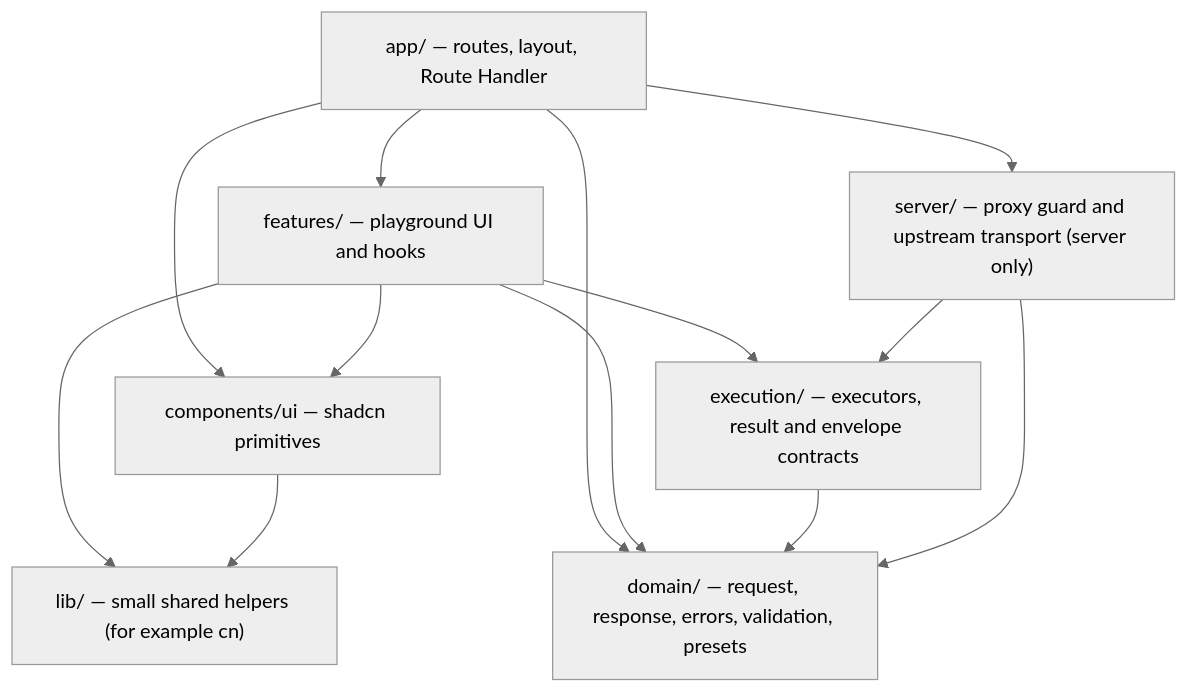
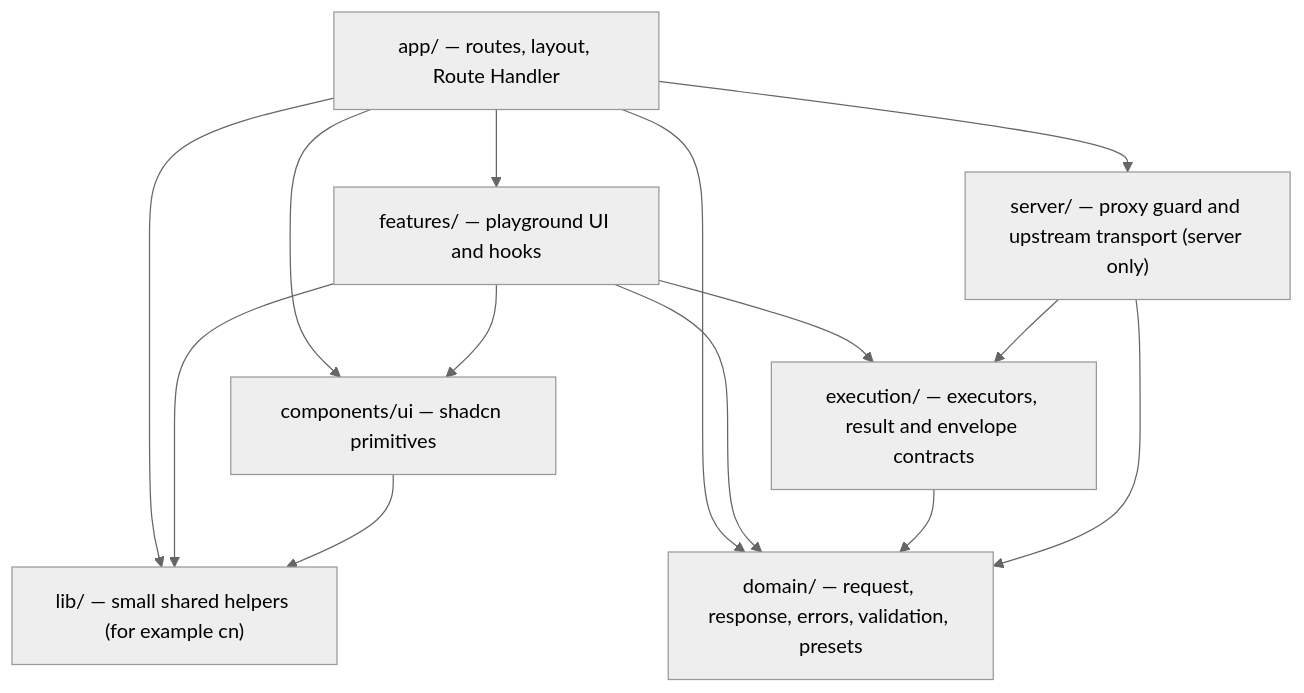
Before and after one commit to Shreyas262/RestLab: the diagram in docs/ARCHITECTURE.md, drawn with Mermaid (neutral theme). The commit also changed other lines of this file and 16 other files, not shown here.

````diff
--- a/docs/ARCHITECTURE.md
+++ b/docs/ARCHITECTURE.md
@@ -43,23 +41,24 @@
 ```mermaid
 flowchart TD
     APP["app/ — routes, layout, Route Handler"]
     FEAT["features/ — playground UI and hooks"]
     UIK["components/ui — shadcn primitives"]
     LIB["lib/ — small shared helpers (for example cn)"]
     DOM["domain/ — request, response, errors, validation, presets"]
     EXE["execution/ — executors, result and envelope contracts"]
     SRV["server/ — proxy guard and upstream transport (server only)"]
 
     APP --> FEAT
     APP --> SRV
     APP --> DOM
     APP --> UIK
+    APP --> LIB
     FEAT --> UIK
     FEAT --> LIB
     FEAT --> EXE
     FEAT --> DOM
     UIK --> LIB
     EXE --> DOM
     SRV --> DOM
     SRV --> EXE
 ```
````
